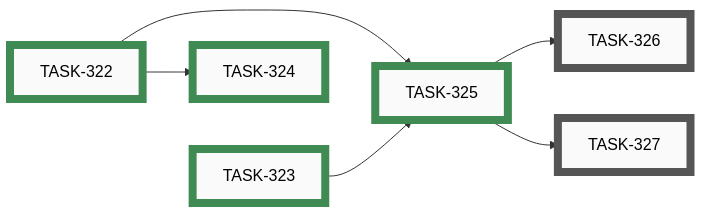
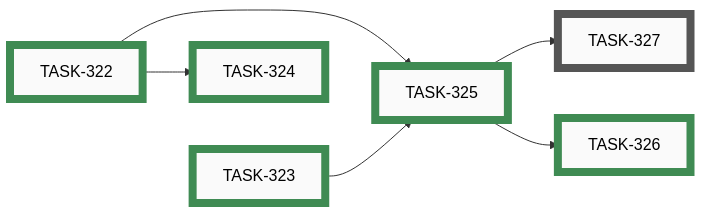
Before and after one commit to tgd1975/AwesomeStudioPedal: the seventh of 8 diagrams in docs/developers/tasks/EPICS.md, drawn with Mermaid. The commit also changed other lines of this file and 5 other files, not shown here.

First line of the commit message:
close TASK-326: Route /release, /release-branch through documented bypass

````diff
--- a/docs/developers/tasks/EPICS.md
+++ b/docs/developers/tasks/EPICS.md
@@ -243,29 +243,29 @@
 ```mermaid
 graph LR
-    TASK_326["TASK-326"]:::open
     TASK_327["TASK-327"]:::open
     TASK_322["TASK-322"]:::closed
     TASK_323["TASK-323"]:::closed
     TASK_324["TASK-324"]:::closed
     TASK_325["TASK-325"]:::closed
-    TASK_325 --> TASK_326
+    TASK_326["TASK-326"]:::closed
     TASK_325 --> TASK_327
     TASK_322 --> TASK_324
     TASK_322 --> TASK_325
     TASK_323 --> TASK_325
+    TASK_325 --> TASK_326
     TASK_322 ~~~ TASK_323
-    click TASK_326 "open/task-326-route-other-commit-skills-through-commit.md"
     click TASK_327 "open/task-327-decide-partial-hunk-policy.md"
     click TASK_322 "closed/task-322-decide-commit-provenance-and-bypass-mechanism.md"
     click TASK_323 "closed/task-323-convert-commit-skill-to-pathspec-form.md"
     click TASK_324 "closed/task-324-update-claudemd-and-add-commit-policy-page.md"
     click TASK_325 "closed/task-325-implement-precommit-hook-enforcement.md"
+    click TASK_326 "closed/task-326-route-other-commit-skills-through-commit.md"
     classDef open    fill:#FAFAFA,stroke:#555,stroke-width:8px,color:#000
     classDef active  fill:#FAFAFA,stroke:#1A6FA8,stroke-width:8px,color:#000
     classDef closed  fill:#FAFAFA,stroke:#3F8B53,stroke-width:8px,color:#000
     classDef paused  fill:#FAFAFA,stroke:#B07810,stroke-width:8px,color:#000
     classDef openExt    fill:#000,stroke:#888,stroke-width:8px,color:#FFF
     classDef activeExt  fill:#000,stroke:#3FA9F5,stroke-width:8px,color:#FFF
     classDef closedExt  fill:#000,stroke:#7CC68A,stroke-width:8px,color:#FFF
     classDef pausedExt  fill:#000,stroke:#F0B030,stroke-width:8px,color:#FFF
 ```
````
